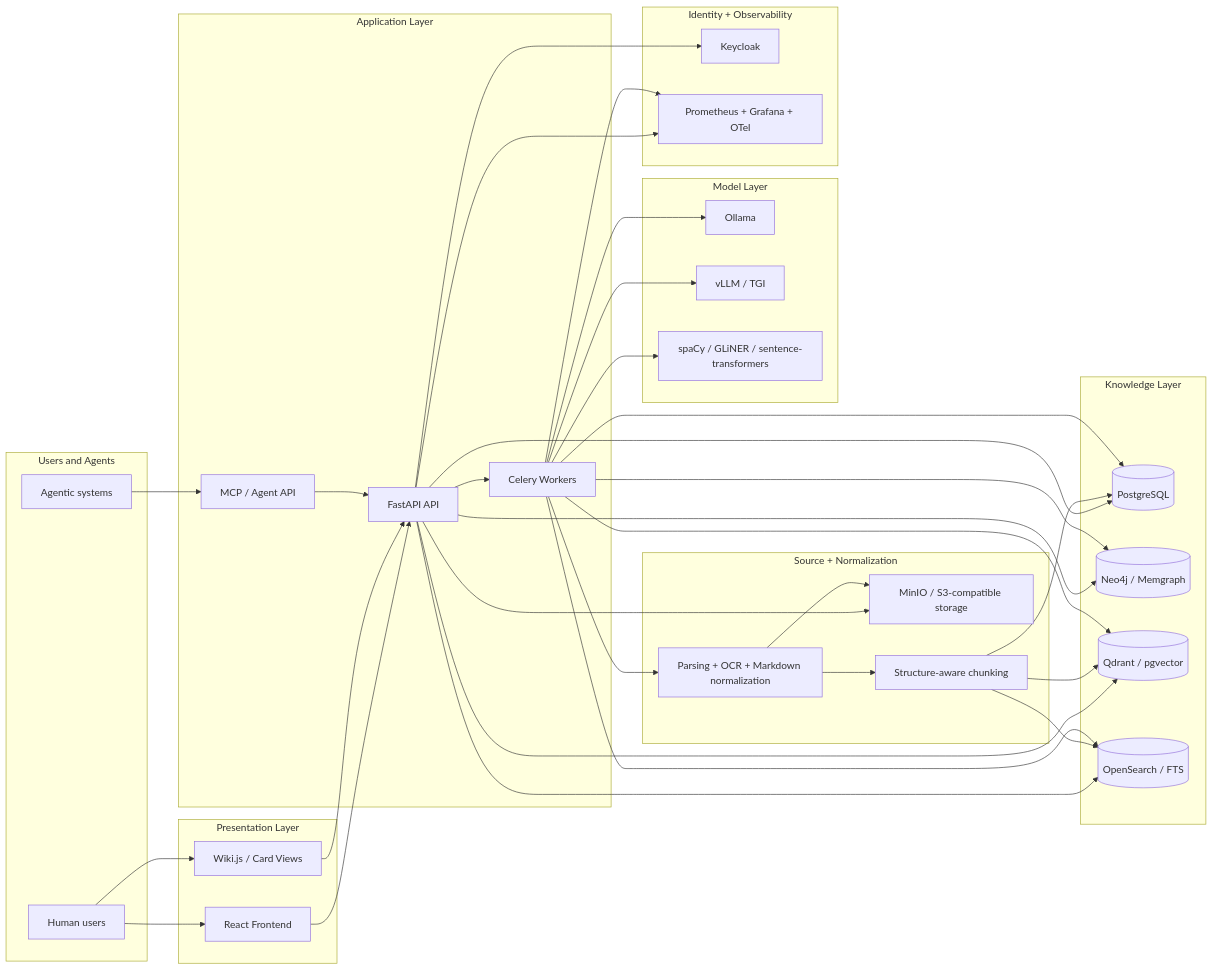
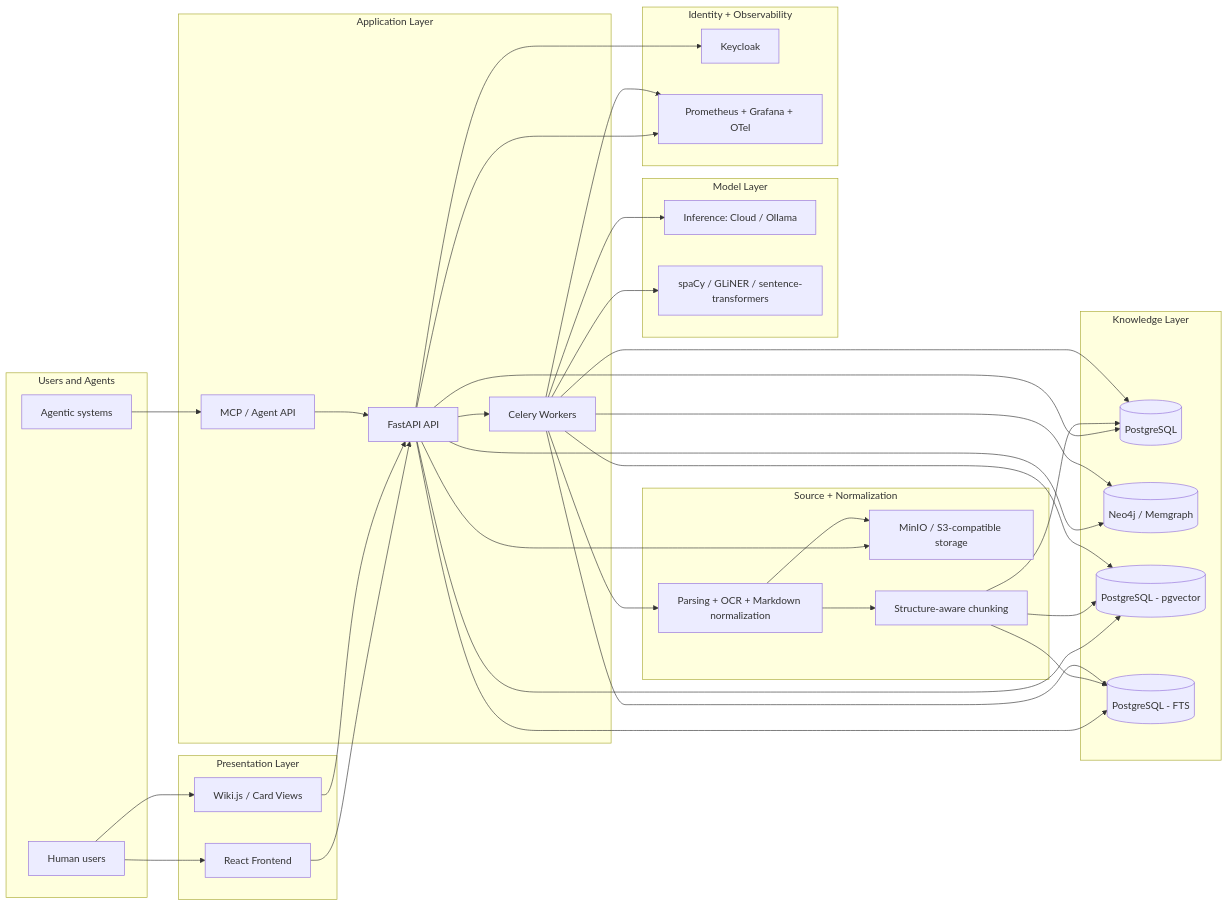
The first of 5 diagrams in docs/guide/ARCHITECTURE_DIAGRAM.md (Edouard-Legoupil/metamorph), drawn with Mermaid before and after one commit. The commit also changed other lines of this file and 5 other files, not shown here.

````diff
--- a/docs/guide/ARCHITECTURE_DIAGRAM.md
+++ b/docs/guide/ARCHITECTURE_DIAGRAM.md
@@ -7,76 +6,74 @@
 ```mermaid
 flowchart LR
     subgraph U[Users and Agents]
         HF[Human users]
         AG[Agentic systems]
     end
 
     subgraph FE[Presentation Layer]
         UI[React Frontend]
         WIKI[Wiki.js / Card Views]
     end
 
     subgraph API[Application Layer]
         FASTAPI[FastAPI API]
         MCP[MCP / Agent API]
         WORKER[Celery Workers]
     end
 
     subgraph SRC[Source + Normalization]
         S3[MinIO / S3-compatible storage]
         PARSE[Parsing + OCR + Markdown normalization]
         CHUNK[Structure-aware chunking]
     end
 
     subgraph KNOW[Knowledge Layer]
         PG[(PostgreSQL)]
         GRAPH[(Neo4j / Memgraph)]
-        VEC[(Qdrant / pgvector)]
-        SEARCH[(OpenSearch / FTS)]
+        VEC[(PostgreSQL - pgvector)]
+        SEARCH[(PostgreSQL -  FTS)]
     end
 
     subgraph MODEL[Model Layer]
-        OLLAMA[Ollama]
-        VLLM[vLLM / TGI]
+        LiteLLM[Inference: Cloud / Ollama]
         NLP[spaCy / GLiNER / sentence-transformers]
     end
 
     subgraph GOV[Identity + Observability]
         KC[Keycloak]
         OBS[Prometheus + Grafana + OTel]
     end
 
     HF --> UI
     HF --> WIKI
     AG --> MCP
 
     UI --> FASTAPI
     WIKI --> FASTAPI
     MCP --> FASTAPI
 
     FASTAPI --> PG
     FASTAPI --> GRAPH
     FASTAPI --> VEC
     FASTAPI --> SEARCH
     FASTAPI --> S3
     FASTAPI --> KC
 
     FASTAPI --> WORKER
     WORKER --> PARSE
     PARSE --> CHUNK
     PARSE --> S3
     CHUNK --> PG
     CHUNK --> VEC
     CHUNK --> SEARCH
 
     WORKER --> NLP
-    WORKER --> OLLAMA
-    WORKER --> VLLM
+    WORKER --> LiteLLM
     WORKER --> PG
     WORKER --> GRAPH
     WORKER --> VEC
     WORKER --> SEARCH
 
     FASTAPI --> OBS
     WORKER --> OBS
 ```
````
